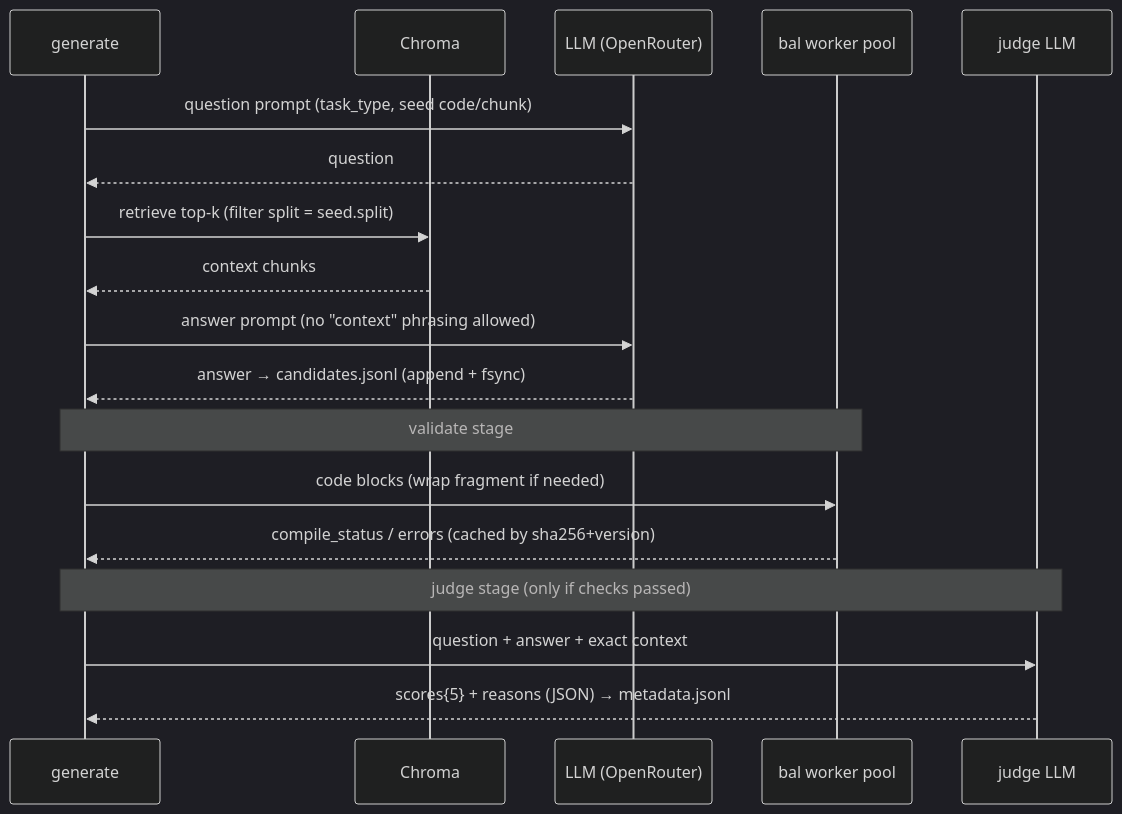
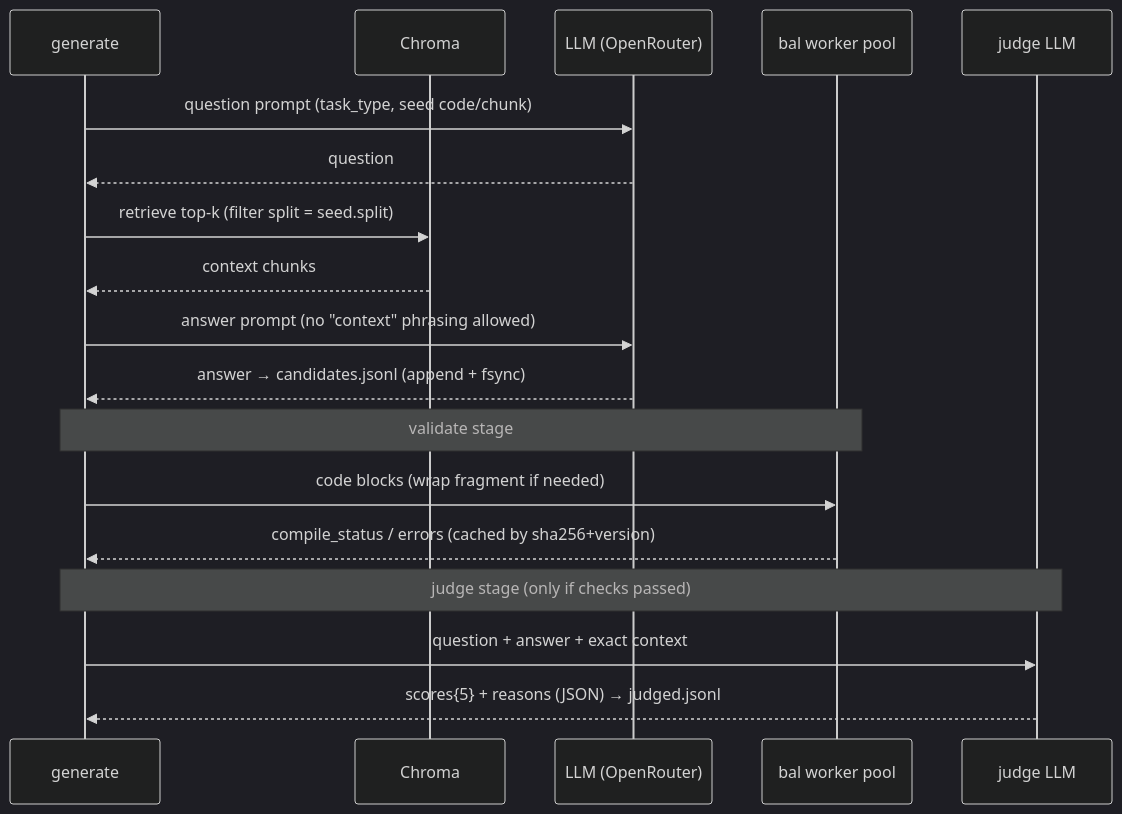
Before and after one commit to sajith-jeewantha/ballerina-sft-dataset-pipeline: the second of 3 diagrams in ARCHITECTURE.md, drawn with Mermaid (dark theme). The commit also changed other lines of this file and 104 other files, not shown here.

Commit message:
Refactor pipeline: source-first collectors, sftgen stages, shared schemas, tests

````diff
--- a/ARCHITECTURE.md
+++ b/ARCHITECTURE.md
@@ -90,20 +91,20 @@
 ```mermaid
 sequenceDiagram
     participant G as generate
     participant V as Chroma
     participant L as LLM (OpenRouter)
     participant B as bal worker pool
     participant J as judge LLM
     G->>L: question prompt (task_type, seed code/chunk)
     L-->>G: question
     G->>V: retrieve top-k (filter split = seed.split)
     V-->>G: context chunks
     G->>L: answer prompt (no "context" phrasing allowed)
     L-->>G: answer → candidates.jsonl (append + fsync)
     Note over G,B: validate stage
     G->>B: code blocks (wrap fragment if needed)
     B-->>G: compile_status / errors (cached by sha256+version)
     Note over G,J: judge stage (only if checks passed)
     G->>J: question + answer + exact context
-    J-->>G: scores{5} + reasons (JSON) → metadata.jsonl
+    J-->>G: scores{5} + reasons (JSON) → judged.jsonl
 ```
````
